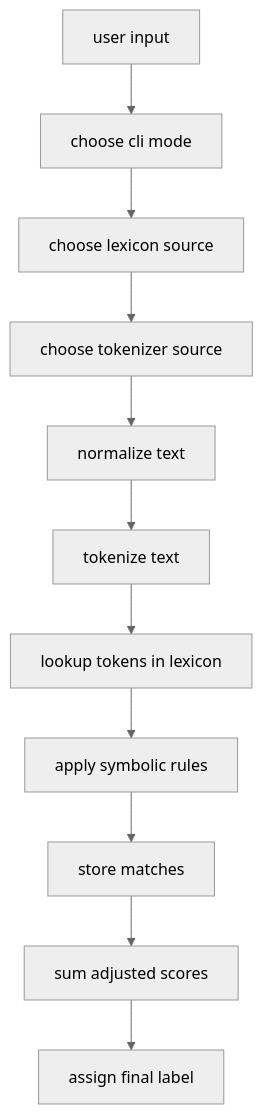
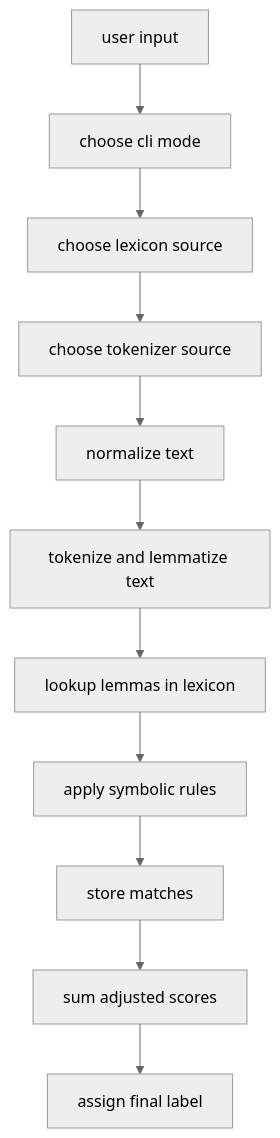
Before and after one commit to vicmcorrea/PLN-core: the first of 9 diagrams in docs/pipeline-processes.md, drawn with Mermaid (neutral theme). The commit also changed other lines of this file and 13 other files, not shown here.

````diff
--- a/docs/pipeline-processes.md
+++ b/docs/pipeline-processes.md
@@ -11,13 +11,13 @@
 ```mermaid
 flowchart TD
     A[user input] --> B[choose cli mode]
     B --> C[choose lexicon source]
     C --> D[choose tokenizer source]
     D --> E[normalize text]
-    E --> F[tokenize text]
-    F --> G[lookup tokens in lexicon]
+    E --> F[tokenize and lemmatize text]
+    F --> G[lookup lemmas in lexicon]
     G --> H[apply symbolic rules]
     H --> I[store matches]
     I --> J[sum adjusted scores]
     J --> K[assign final label]
 ```
````
